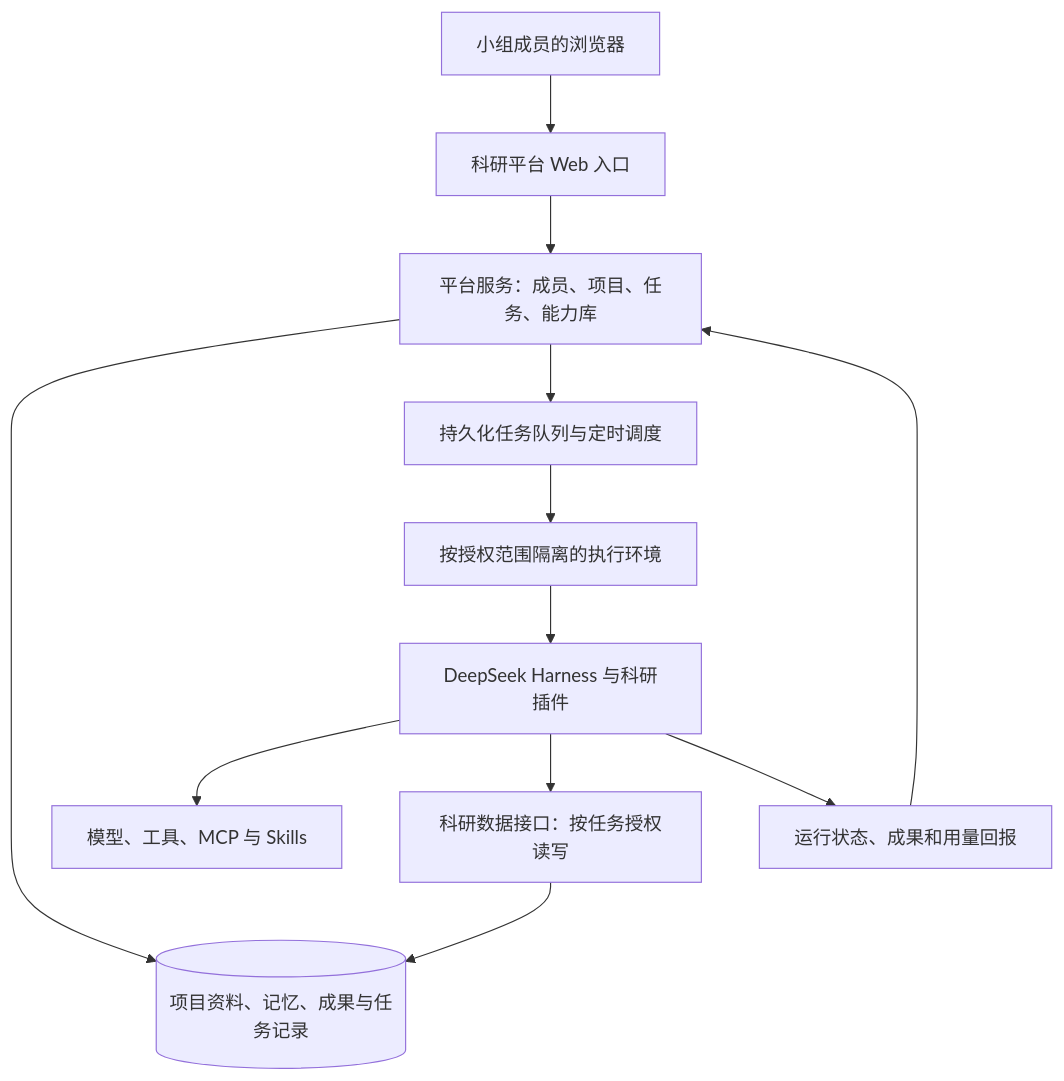
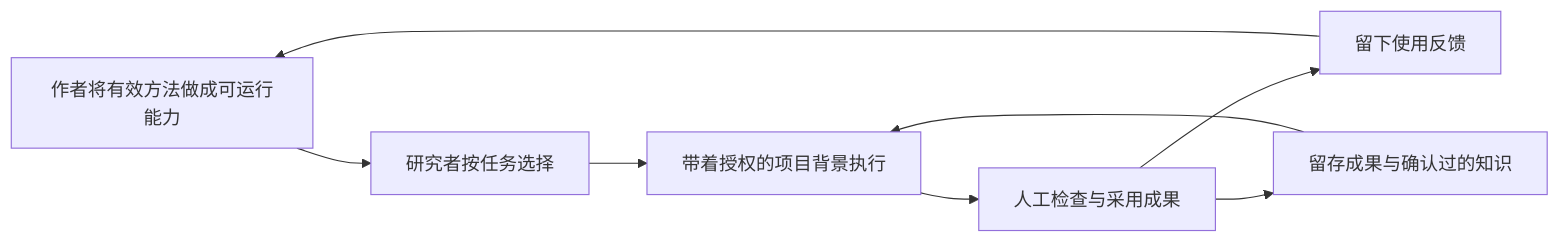
One commit to luoyan96/research-agent-platform changed the diagram in docs/product-plan.md. Above: the diagram before and after it, drawn with Mermaid. The commit also changed other lines of this file and 5 other files, not shown here.

````diff
--- a/docs/product-plan.md
+++ b/docs/product-plan.md
@@ -111,14 +55,10 @@
 ```mermaid
-flowchart TD
-    U[小组成员的浏览器] --> P[科研平台 Web 入口]
-    P --> S[平台服务：成员、项目、任务、能力库]
-    S --> D[(项目资料、记忆、成果与任务记录)]
-    S --> Q[持久化任务队列与定时调度]
-    Q --> W[按授权范围隔离的执行环境]
-    W --> H[DeepSeek Harness 与科研插件]
-    H --> T[模型、工具、MCP 与 Skills]
-    H --> A[科研数据接口：按任务授权读写]
-    A --> D
-    H --> R[运行状态、成果和用量回报]
-    R --> S
+flowchart LR
+    A[作者将有效方法做成可运行能力] --> B[研究者按任务选择]
+    B --> C[带着授权的项目背景执行]
+    C --> D[人工检查与采用成果]
+    D --> E[留下使用反馈]
+    E --> A
+    D --> F[留存成果与确认过的知识]
+    F --> C
 ```
````
